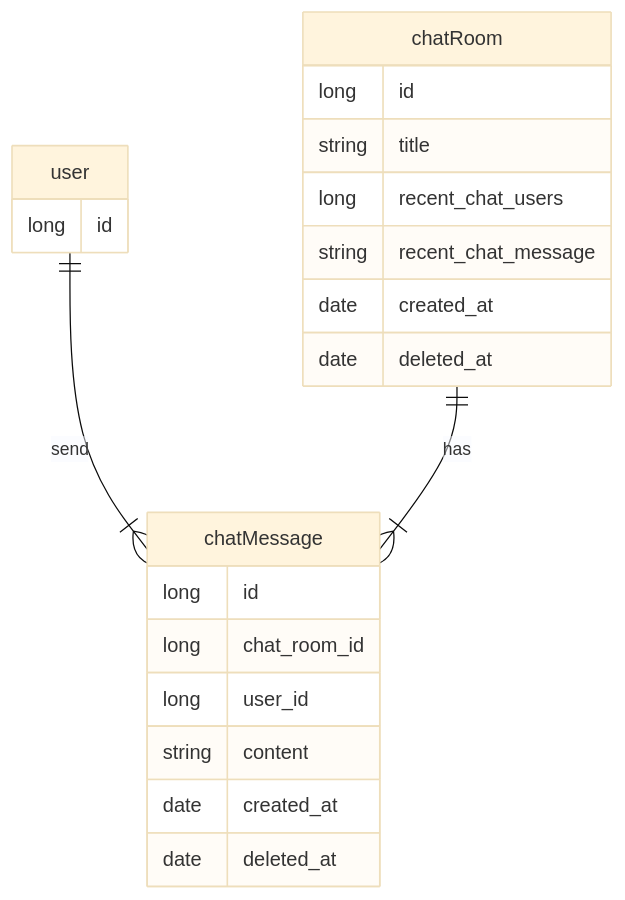
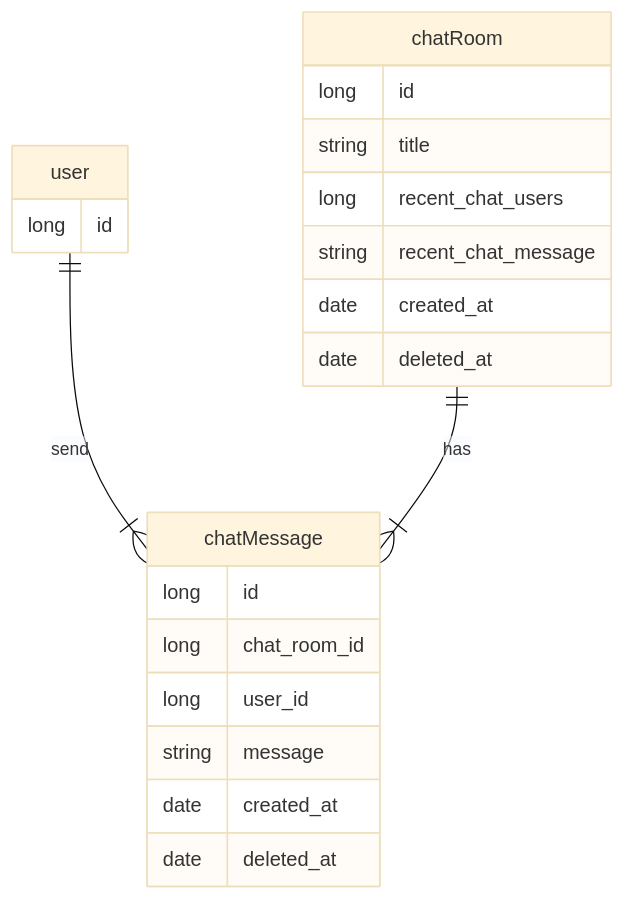
The fifth of 5 diagrams in README.md (YoungWonBackendStudy/chat), drawn with Mermaid (base theme) before and after one commit. The commit also changed 28 other files, not shown here.

````diff
--- a/README.md
+++ b/README.md
@@ -45,27 +45,27 @@
 ```mermaid
 erDiagram
     user {
         long id
     }
     
     chatRoom {
         long id
         string title
         long recent_chat_users
         string recent_chat_message
         date created_at
         date deleted_at
     }
     
     chatMessage {
         long id
         long chat_room_id
         long user_id
-        string content
+        string message
         date created_at
         date deleted_at
     }
     
     user ||--|{ chatMessage: send
     chatRoom ||--|{ chatMessage: has
 ```
````
